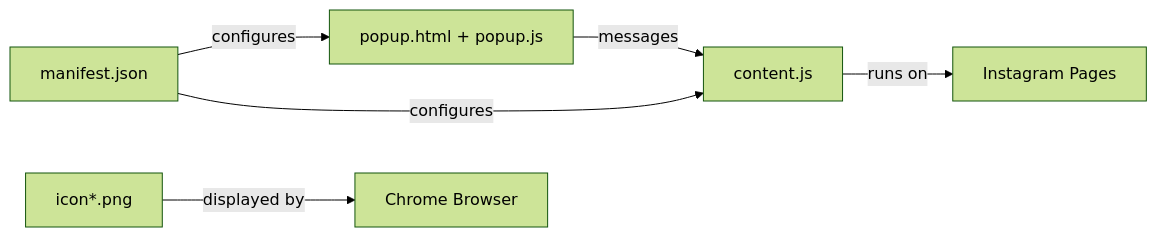
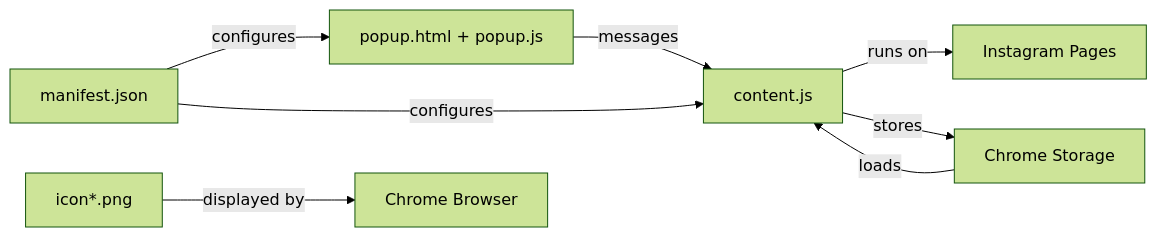
One commit to insdaguirre/InstaBot_ChromeExtension changed the second of 2 diagrams in chrome-extension/README.md. Above: the diagram before and after it, drawn with Mermaid (forest theme). The commit also changed other lines of this file, not shown here.

````diff
--- a/chrome-extension/README.md
+++ b/chrome-extension/README.md
@@ -153,8 +239,10 @@
 ```mermaid
 graph LR;
     Popup["popup.html + popup.js"] --messages--> Content["content.js"];
     Content --runs on--> Instagram["Instagram Pages"];
+    Content --stores--> Storage["Chrome Storage"];
+    Storage --loads--> Content;
     Manifest["manifest.json"] --configures--> Popup;
     Manifest --configures--> Content;
     Icons["icon*.png"] --displayed by--> Chrome["Chrome Browser"];
 ```
````
